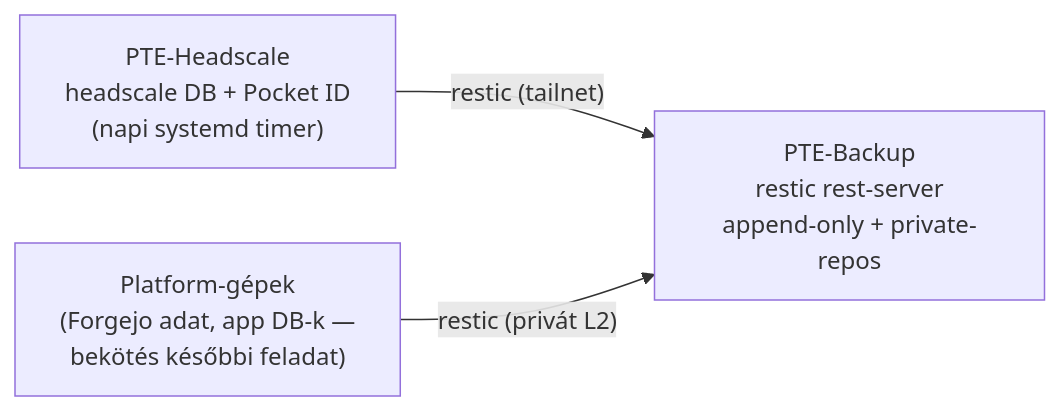
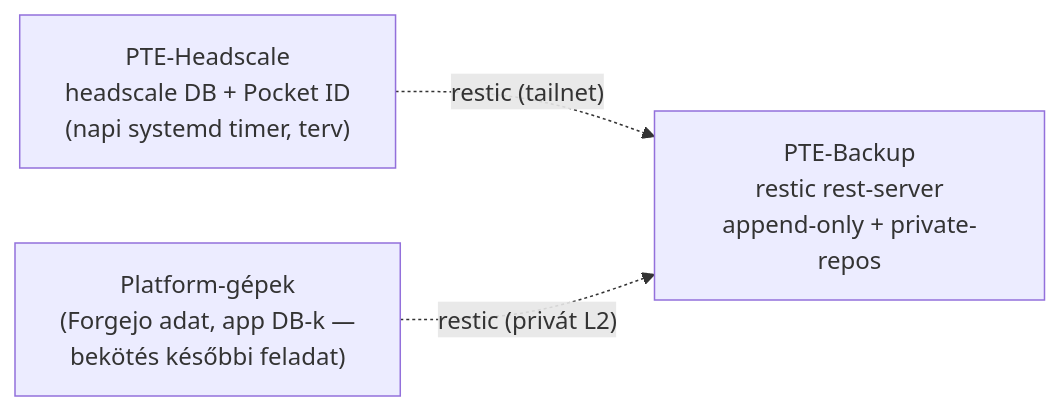
One commit to pte-kiss-bence/platform-infrastructure changed the fifth of 5 diagrams in docs/architektura.md. Above: the diagram before and after it, drawn with Mermaid. The commit also changed other lines of this file and 5 other files, not shown here.

````diff
--- a/docs/architektura.md
+++ b/docs/architektura.md
@@ -254,9 +254,9 @@
 ```mermaid
 flowchart LR
-    HS["PTE-Headscale<br/>headscale DB + Pocket ID<br/>(napi systemd timer)"]
+    HS["PTE-Headscale<br/>headscale DB + Pocket ID<br/>(napi systemd timer, terv)"]
     PLAT["Platform-gépek<br/>(Forgejo adat, app DB-k —<br/>bekötés későbbi feladat)"]
     BCK["PTE-Backup<br/>restic rest-server<br/>append-only + private-repos"]
 
-    HS -- "restic (tailnet)" --> BCK
-    PLAT -- "restic (privát L2)" --> BCK
+    HS -. "restic (tailnet)" .-> BCK
+    PLAT -. "restic (privát L2)" .-> BCK
 ```
````
